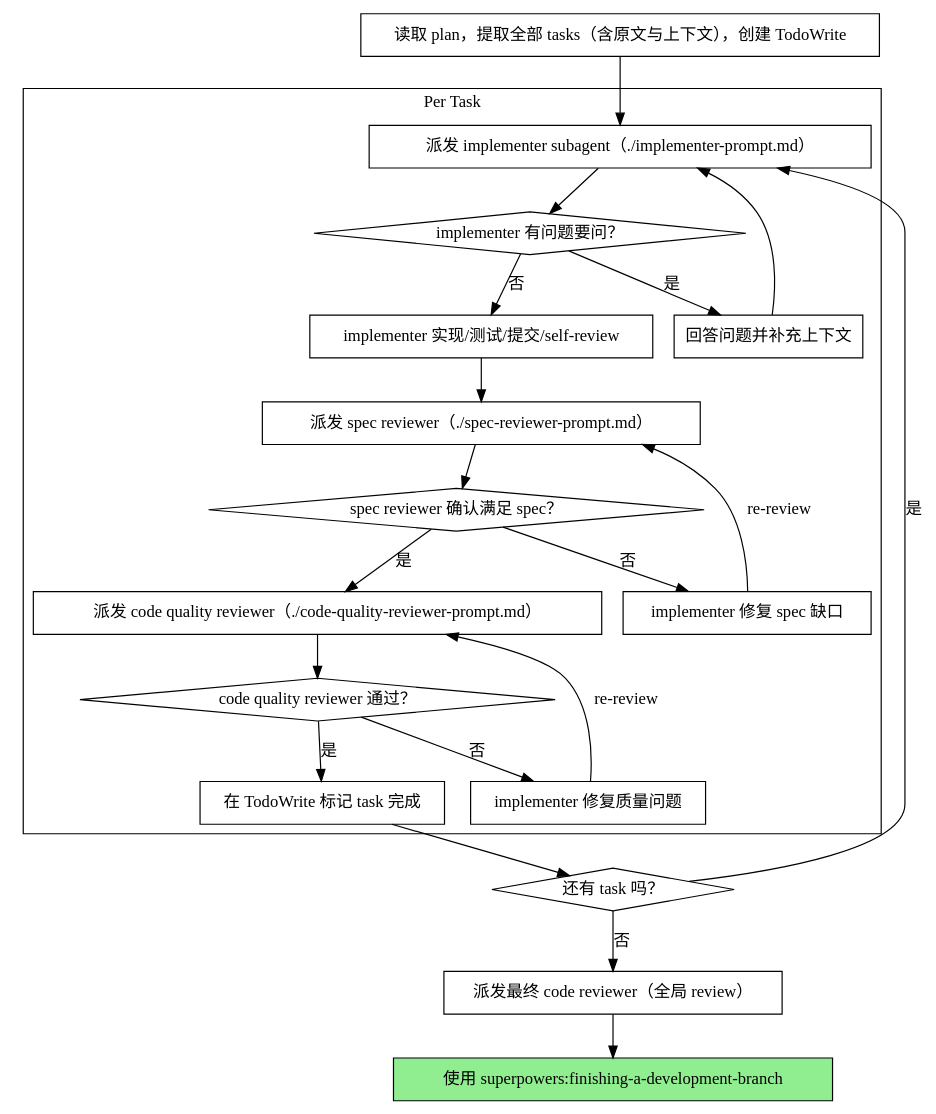
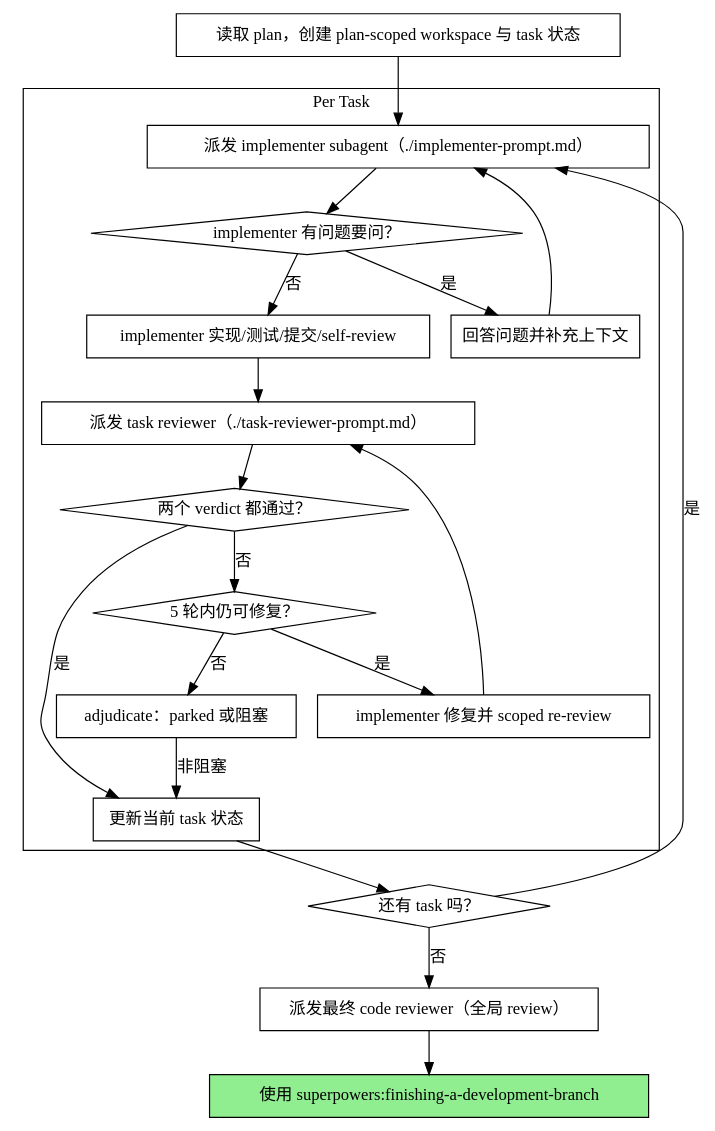
Before and after one commit to lyfe2025/lyfes-coding-skills: the second of 2 diagrams in skills/superpowers/subagent-driven-development/SKILL.md, drawn with Graphviz. The commit also changed other lines of this file and 19 other files, not shown here.

````diff
--- a/skills/superpowers/subagent-driven-development/SKILL.md
+++ b/skills/superpowers/subagent-driven-development/SKILL.md
@@ -40,44 +67,42 @@
 ```dot
 digraph process {
     rankdir=TB;
 
     subgraph cluster_per_task {
         label="Per Task";
         "派发 implementer subagent（./implementer-prompt.md）" [shape=box];
         "implementer 有问题要问？" [shape=diamond];
         "回答问题并补充上下文" [shape=box];
         "implementer 实现/测试/提交/self-review" [shape=box];
-        "派发 spec reviewer（./spec-reviewer-prompt.md）" [shape=box];
-        "spec reviewer 确认满足 spec？" [shape=diamond];
-        "implementer 修复 spec 缺口" [shape=box];
-        "派发 code quality reviewer（./code-quality-reviewer-prompt.md）" [shape=box];
-        "code quality reviewer 通过？" [shape=diamond];
-        "implementer 修复质量问题" [shape=box];
-        "在 TodoWrite 标记 task 完成" [shape=box];
+        "派发 task reviewer（./task-reviewer-prompt.md）" [shape=box];
+        "两个 verdict 都通过？" [shape=diamond];
+        "implementer 修复并 scoped re-review" [shape=box];
+        "5 轮内仍可修复？" [shape=diamond];
+        "adjudicate：parked 或阻塞" [shape=box];
+        "更新当前 task 状态" [shape=box];
     }
 
-    "读取 plan，提取全部 tasks（含原文与上下文），创建 TodoWrite" [shape=box];
+    "读取 plan，创建 plan-scoped workspace 与 task 状态" [shape=box];
     "还有 task 吗？" [shape=diamond];
     "派发最终 code reviewer（全局 review）" [shape=box];
     "使用 superpowers:finishing-a-development-branch" [shape=box style=filled fillcolor=lightgreen];
 
-    "读取 plan，提取全部 tasks（含原文与上下文），创建 TodoWrite" -> "派发 implementer subagent（./implementer-prompt.md）";
+    "读取 plan，创建 plan-scoped workspace 与 task 状态" -> "派发 implementer subagent（./implementer-prompt.md）";
     "派发 implementer subagent（./implementer-prompt.md）" -> "implementer 有问题要问？";
     "implementer 有问题要问？" -> "回答问题并补充上下文" [label="是"];
     "回答问题并补充上下文" -> "派发 implementer subagent（./implementer-prompt.md）";
     "implementer 有问题要问？" -> "implementer 实现/测试/提交/self-review" [label="否"];
-    "implementer 实现/测试/提交/self-review" -> "派发 spec reviewer（./spec-reviewer-prompt.md）";
-    "派发 spec reviewer（./spec-reviewer-prompt.md）" -> "spec reviewer 确认满足 spec？";
-    "spec reviewer 确认满足 spec？" -> "implementer 修复 spec 缺口" [label="否"];
-    "implementer 修复 spec 缺口" -> "派发 spec reviewer（./spec-reviewer-prompt.md）" [label="re-review"];
-    "spec reviewer 确认满足 spec？" -> "派发 code quality reviewer（./code-quality-reviewer-prompt.md）" [label="是"];
-    "派发 code quality reviewer（./code-quality-reviewer-prompt.md）" -> "code quality reviewer 通过？";
-    "code quality reviewer 通过？" -> "implementer 修复质量问题" [label="否"];
-    "implementer 修复质量问题" -> "派发 code quality reviewer（./code-quality-reviewer-prompt.md）" [label="re-review"];
-    "code quality reviewer 通过？" -> "在 TodoWrite 标记 task 完成" [label="是"];
-    "在 TodoWrite 标记 task 完成" -> "还有 task 吗？";
+    "implementer 实现/测试/提交/self-review" -> "派发 task reviewer（./task-reviewer-prompt.md）";
+    "派发 task reviewer（./task-reviewer-prompt.md）" -> "两个 verdict 都通过？";
+    "两个 verdict 都通过？" -> "更新当前 task 状态" [label="是"];
+    "两个 verdict 都通过？" -> "5 轮内仍可修复？" [label="否"];
+    "5 轮内仍可修复？" -> "implementer 修复并 scoped re-review" [label="是"];
+    "implementer 修复并 scoped re-review" -> "派发 task reviewer（./task-reviewer-prompt.md）";
+    "5 轮内仍可修复？" -> "adjudicate：parked 或阻塞" [label="否"];
+    "adjudicate：parked 或阻塞" -> "更新当前 task 状态" [label="非阻塞"];
+    "更新当前 task 状态" -> "还有 task 吗？";
     "还有 task 吗？" -> "派发 implementer subagent（./implementer-prompt.md）" [label="是"];
     "还有 task 吗？" -> "派发最终 code reviewer（全局 review）" [label="否"];
     "派发最终 code reviewer（全局 review）" -> "使用 superpowers:finishing-a-development-branch";
 }
 ```
````
